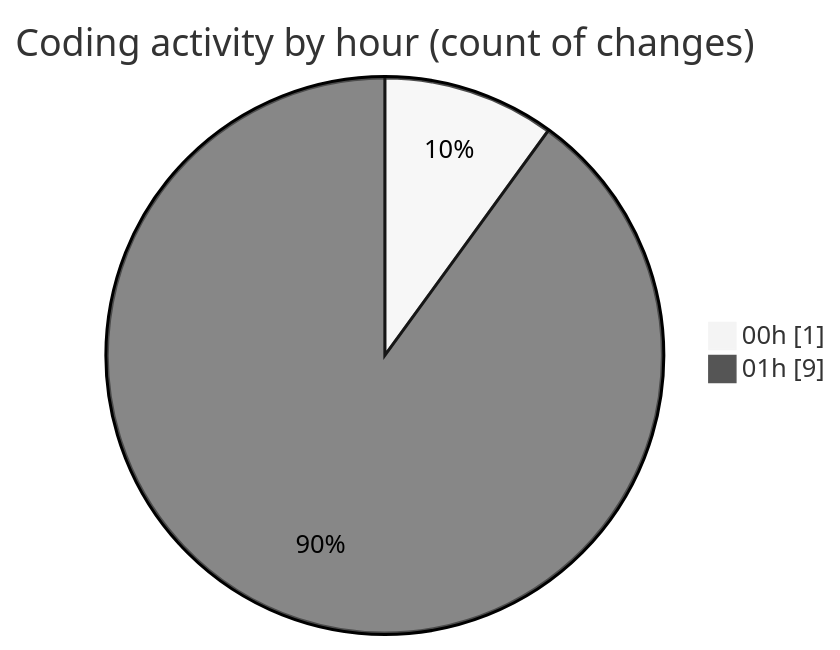
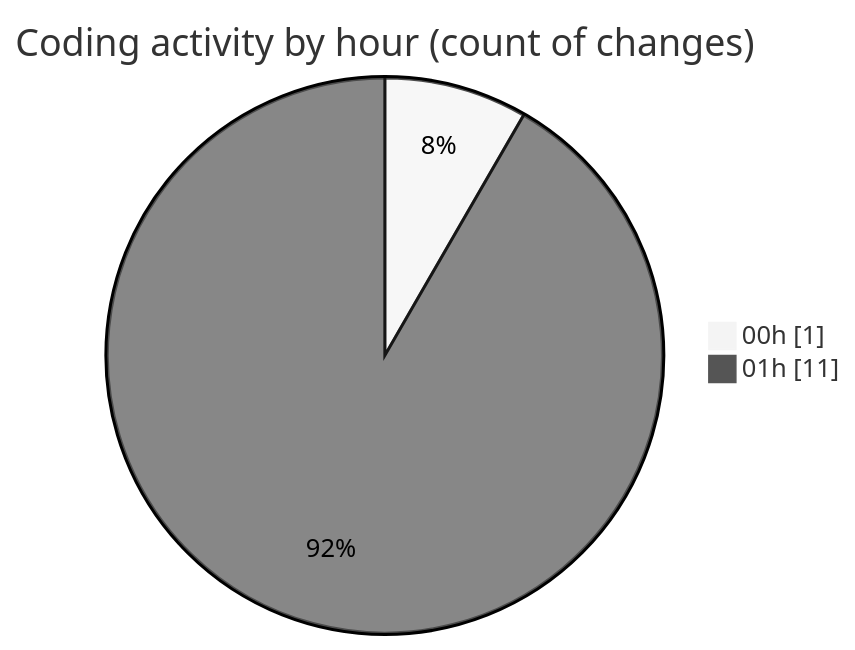
The second of 2 diagrams in 2025-11-01/cdp_aleoudev_fr__workspace_/README.md (julien-gomy/code-tracking), drawn with Mermaid (neutral theme) before and after one commit. The commit also changed other lines of this file and 1 other file, not shown here.

````diff
--- a/2025-11-01/cdp_aleoudev_fr__workspace_/README.md
+++ b/2025-11-01/cdp_aleoudev_fr__workspace_/README.md
@@ -31,6 +31,6 @@
 ```mermaid
 pie showData
 title Coding activity by hour (count of changes)
 "00h" : 1
-"01h" : 9
+"01h" : 11
 ```
````
